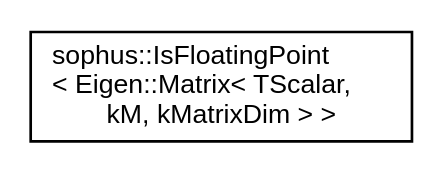
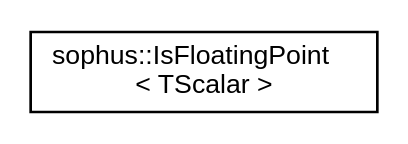
The diagram in latest/_static/inherit_graph_42.dot (strasdat/Sophus), drawn with Graphviz before and after one commit. The commit also changed 289 other files, not shown here.

```diff
--- a/latest/_static/inherit_graph_42.dot
+++ b/latest/_static/inherit_graph_42.dot
@@ -1,8 +1,8 @@
 digraph "Graphical Class Hierarchy"
 {
  // LATEX_PDF_SIZE
   edge [fontname="Helvetica",fontsize="10",labelfontname="Helvetica",labelfontsize="10"];
   node [fontname="Helvetica",fontsize="10",shape=record];
   rankdir="LR";
-  Node0 [label="sophus::IsFloatingPoint\l\< Eigen::Matrix\< TScalar,\l kM, kMatrixDim \> \>",height=0.2,width=0.4,color="black", fillcolor="white", style="filled",URL="$structsophus_1_1_is_floating_point_3_01_eigen_1_1_matrix_3_01_t_scalar_00_01k_m_00_01k_matrix_dim_01_4_01_4.html",tooltip=" "];
+  Node0 [label="sophus::IsFloatingPoint\l\< TScalar \>",height=0.2,width=0.4,color="black", fillcolor="white", style="filled",URL="$structsophus_1_1_is_floating_point.html",tooltip=" "];
 }
```
